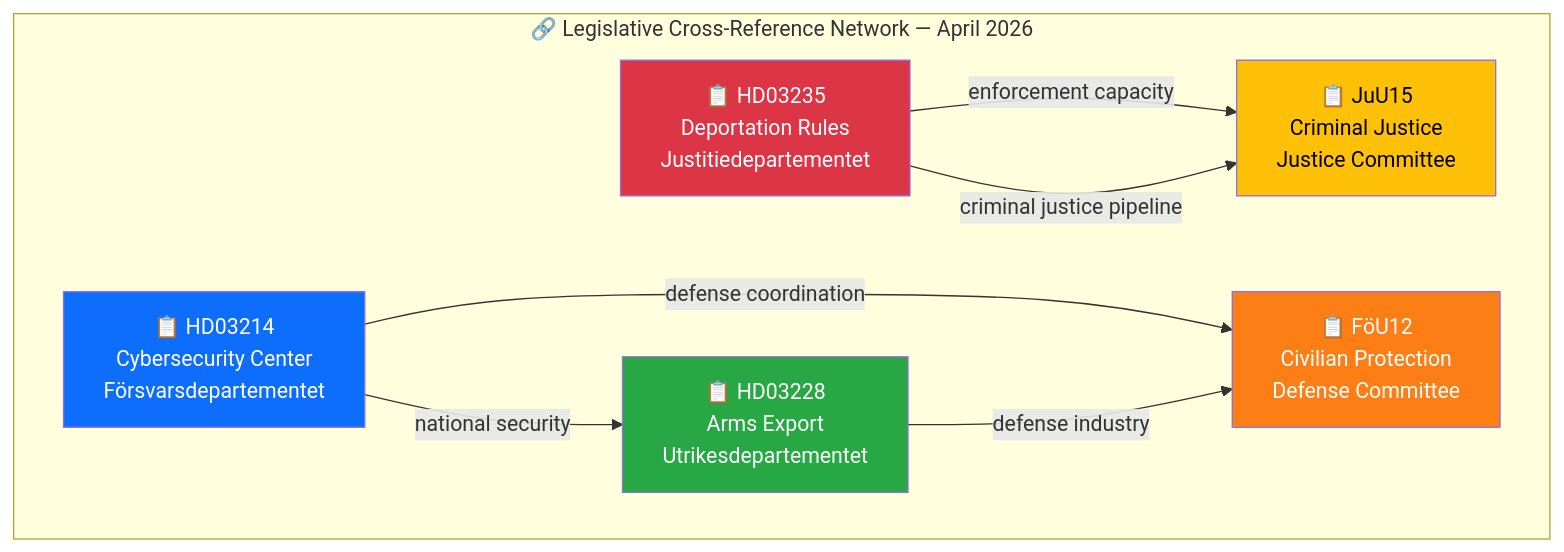
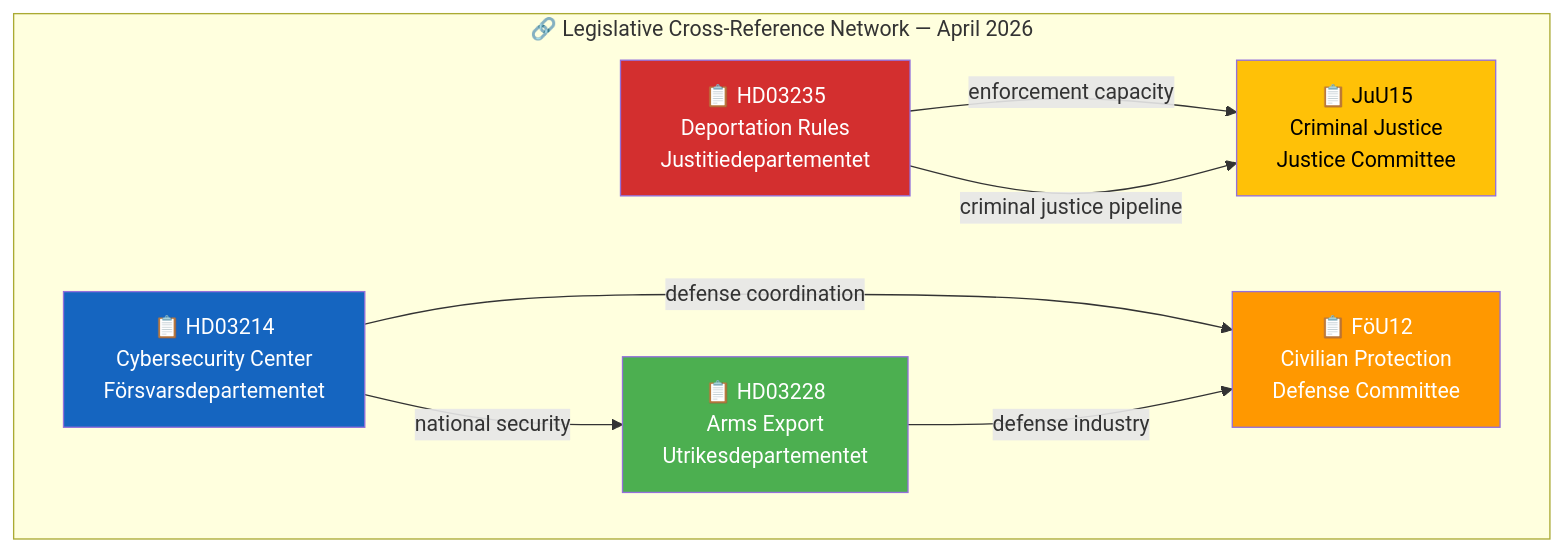
One commit to Hack23/riksdagsmonitor changed the diagram in analysis/daily/2026-04-05/realtime-1212/cross-reference-map.md. Above: the diagram before and after it, drawn with Mermaid. The commit also changed 785 other files, not shown here.

First line of the commit message:
Normalize mermaid colors across 786 analysis artifacts to ISMS Style Guide palette

````diff
--- a/analysis/daily/2026-04-05/realtime-1212/cross-reference-map.md
+++ b/analysis/daily/2026-04-05/realtime-1212/cross-reference-map.md
@@ -16,22 +16,22 @@
 ```mermaid
 graph TD
     subgraph "🔗 Legislative Cross-Reference Network — April 2026"
         HD235["📋 HD03235<br/>Deportation Rules<br/>Justitiedepartementet"]
         HD228["📋 HD03228<br/>Arms Export<br/>Utrikesdepartementet"]
         HD214["📋 HD03214<br/>Cybersecurity Center<br/>Försvarsdepartementet"]
         FOU12["📋 FöU12<br/>Civilian Protection<br/>Defense Committee"]
         JUU15["📋 JuU15<br/>Criminal Justice<br/>Justice Committee"]
     end
 
     HD235 -->|"enforcement capacity"| JUU15
     HD214 -->|"defense coordination"| FOU12
     HD228 -->|"defense industry"| FOU12
     HD235 -->|"criminal justice pipeline"| JUU15
     HD214 -->|"national security"| HD228
 
-    style HD235 fill:#dc3545,color:#fff
-    style HD228 fill:#28a745,color:#fff
-    style HD214 fill:#0d6efd,color:#fff
-    style FOU12 fill:#fd7e14,color:#fff
-    style JUU15 fill:#ffc107,color:#000
+    style HD235 fill:#D32F2F,color:#FFFFFF
+    style HD228 fill:#4CAF50,color:#FFFFFF
+    style HD214 fill:#1565C0,color:#FFFFFF
+    style FOU12 fill:#FF9800,color:#FFFFFF
+    style JUU15 fill:#FFC107,color:#000000
 ```
````
